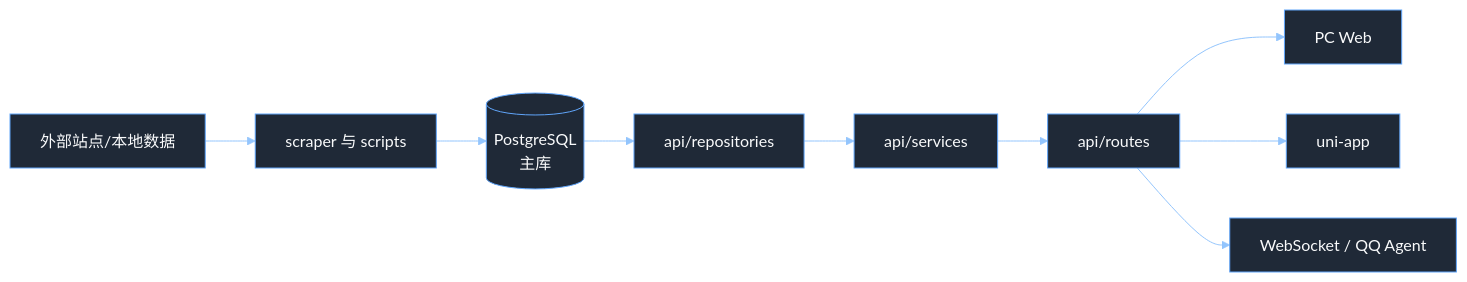
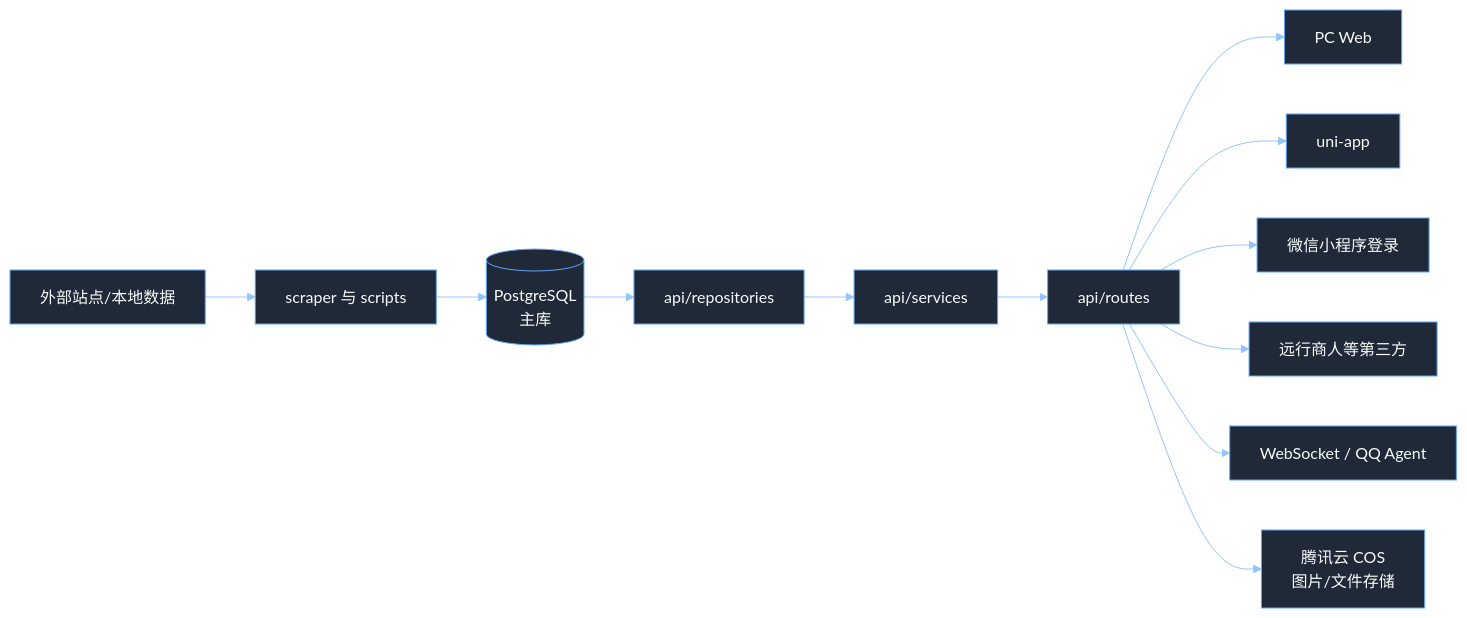
The diagram in README.md (woshiyaba/gulu-gui), drawn with Mermaid before and after one commit. The commit also changed other lines of this file and 1 other file, not shown here.

````diff
--- a/README.md
+++ b/README.md
@@ -37,12 +49,15 @@
 ```mermaid
 %%{init: {"theme": "base", "themeVariables": {"background": "#111827", "primaryColor": "#1f2937", "primaryTextColor": "#f9fafb", "primaryBorderColor": "#60a5fa", "lineColor": "#93c5fd", "secondaryColor": "#172554", "tertiaryColor": "#0f172a"}}}%%
 flowchart LR
   source["外部站点/本地数据"] --> scraper["scraper 与 scripts"]
   scraper --> pg[("PostgreSQL<br/>主库")]
   pg --> repo["api/repositories"]
   repo --> service["api/services"]
   service --> route["api/routes"]
   route --> pc["PC Web"]
   route --> mini["uni-app"]
+  route --> wx["微信小程序登录"]
+  route --> third["远行商人等第三方"]
   route --> ws["WebSocket / QQ Agent"]
+  route --> oss["腾讯云 COS<br/>图片/文件存储"]
 ```
````
